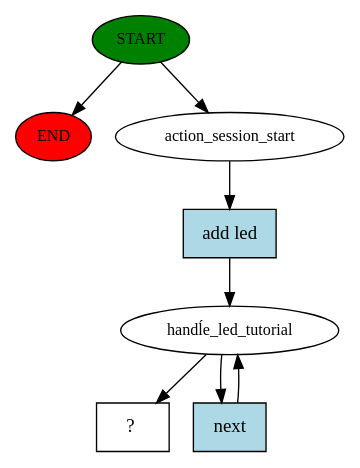
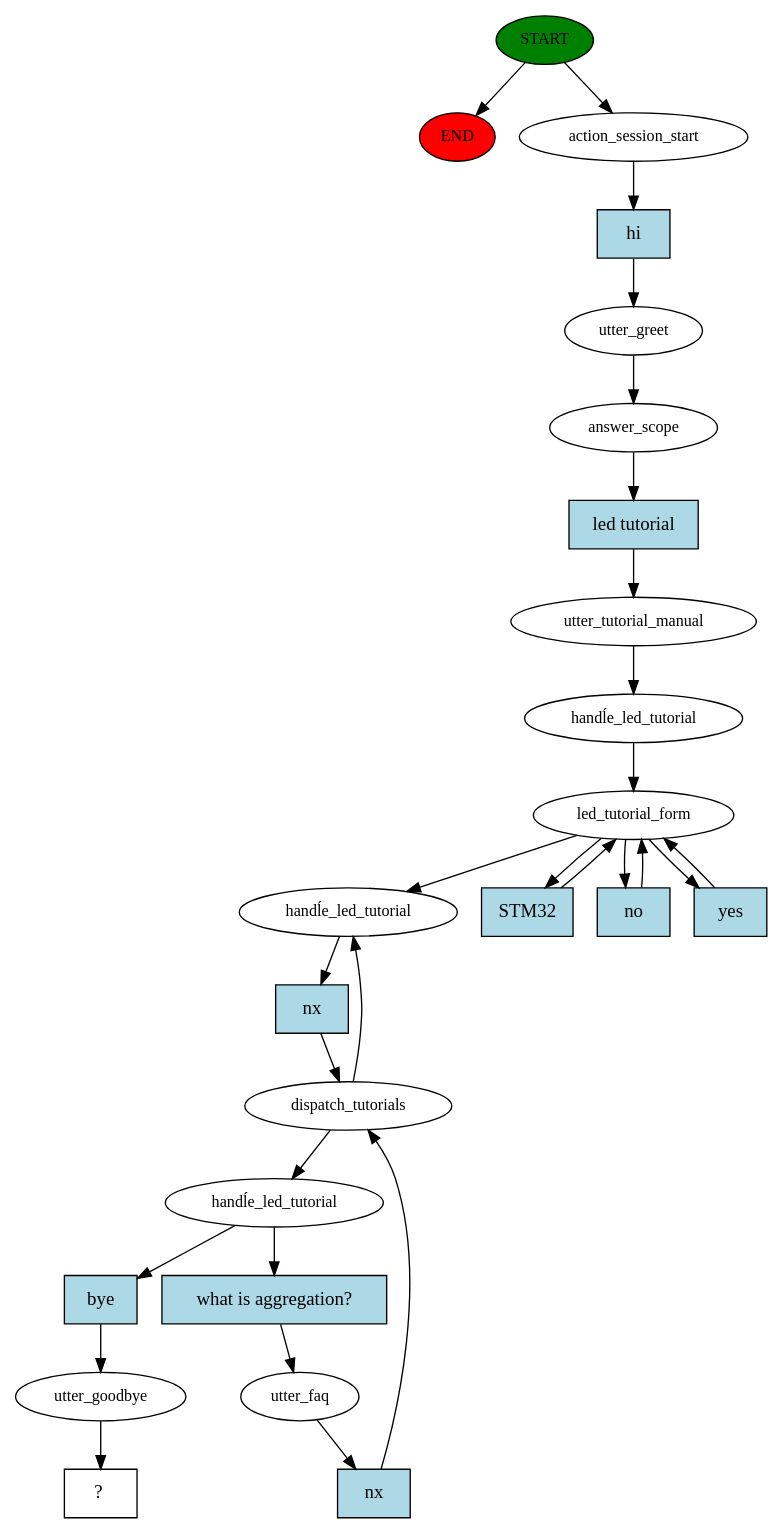
One commit to Effo483/ES-Tutorial-Chatbot changed the diagram in story_graph.dot. Above: the diagram before and after it, drawn with Graphviz. The commit also changed 7 other files, not shown here.

```diff
--- a/story_graph.dot
+++ b/story_graph.dot
@@ -1,16 +1,52 @@
 digraph  {
 0 [class="start active", fillcolor=green, fontsize=12, label=START, style=filled];
 "-1" [class=end, fillcolor=red, fontsize=12, label=END, style=filled];
 1 [class=active, fontsize=12, label=action_session_start];
-2 [class=active, fontsize=12, label="handĺe_led_tutorial"];
-5 [class="intent dashed active", label="  ?  ", shape=rect];
-6 [class="intent active", fillcolor=lightblue, label="add led", shape=rect, style=filled];
-7 [class="intent active", fillcolor=lightblue, label=next, shape=rect, style=filled];
+2 [class=active, fontsize=12, label=utter_greet];
+3 [class=active, fontsize=12, label=answer_scope];
+4 [class=active, fontsize=12, label=utter_tutorial_manual];
+5 [class=active, fontsize=12, label="handĺe_led_tutorial"];
+6 [class=active, fontsize=12, label=led_tutorial_form];
+10 [class=active, fontsize=12, label="handĺe_led_tutorial"];
+11 [class=active, fontsize=12, label=dispatch_tutorials];
+16 [class=active, fontsize=12, label="handĺe_led_tutorial"];
+17 [class=active, fontsize=12, label=utter_faq];
+24 [class=active, fontsize=12, label=utter_goodbye];
+25 [class="intent dashed active", label="  ?  ", shape=rect];
+26 [class="intent active", fillcolor=lightblue, label=hi, shape=rect, style=filled];
+27 [class="intent active", fillcolor=lightblue, label="led tutorial", shape=rect, style=filled];
+28 [class="intent active", fillcolor=lightblue, label=STM32, shape=rect, style=filled];
+29 [class="intent active", fillcolor=lightblue, label=no, shape=rect, style=filled];
+30 [class="intent active", fillcolor=lightblue, label=yes, shape=rect, style=filled];
+31 [class="intent active", fillcolor=lightblue, label=nx, shape=rect, style=filled];
+32 [class="intent active", fillcolor=lightblue, label="what is aggregation?", shape=rect, style=filled];
+33 [class="intent active", fillcolor=lightblue, label=bye, shape=rect, style=filled];
+34 [class="intent active", fillcolor=lightblue, label=nx, shape=rect, style=filled];
 0 -> "-1"  [class="", key=NONE, label=""];
 0 -> 1  [class=active, key=NONE, label=""];
-1 -> 6  [class=active, key=0];
-2 -> 5  [class=active, key=NONE, label=""];
-2 -> 7  [class=active, key=0];
-6 -> 2  [class=active, key=0];
-7 -> 2  [class=active, key=0];
+1 -> 26  [class=active, key=0];
+2 -> 3  [class=active, key=NONE, label=""];
+3 -> 27  [class=active, key=0];
+4 -> 5  [class=active, key=NONE, label=""];
+5 -> 6  [class=active, key=NONE, label=""];
+6 -> 10  [class=active, key=NONE, label=""];
+6 -> 28  [class=active, key=0];
+6 -> 29  [class=active, key=0];
+6 -> 30  [class=active, key=0];
+10 -> 31  [class=active, key=0];
+11 -> 10  [class=active, key=NONE, label=""];
+11 -> 16  [class=active, key=NONE, label=""];
+16 -> 32  [class=active, key=0];
+16 -> 33  [class=active, key=0];
+17 -> 34  [class=active, key=0];
+24 -> 25  [class=active, key=NONE, label=""];
+26 -> 2  [class=active, key=0];
+27 -> 4  [class=active, key=0];
+28 -> 6  [class=active, key=0];
+29 -> 6  [class=active, key=0];
+30 -> 6  [class=active, key=0];
+31 -> 11  [class=active, key=0];
+32 -> 17  [class=active, key=0];
+33 -> 24  [class=active, key=0];
+34 -> 11  [class=active, key=0];
 }
```
